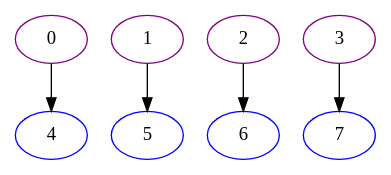
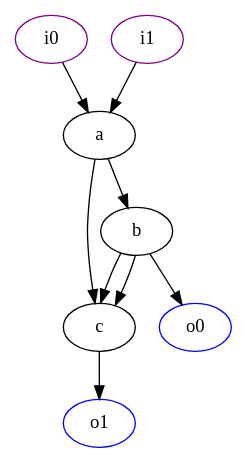
One commit to LSCRSL/Graph changed the diagram in graph.dot. Above: the diagram before and after it, drawn with Graphviz. The commit also changed 4 other files, not shown here.

```diff
--- a/graph.dot
+++ b/graph.dot
@@ -1,14 +1,17 @@
 digraph G{
-0 [label=0, color=purple];
-4 [label=4, color=blue];
-1 [label=1, color=purple];
-5 [label=5, color=blue];
-2 [label=2, color=purple];
-6 [label=6, color=blue];
-3 [label=3, color=purple];
-7 [label=7, color=blue];
-0 -> 4;
+0 [label=a, color=black];
+1 [label=b, color=black];
+2 [label=c, color=black];
+3 [label=i0, color=purple];
+4 [label=i1, color=purple];
+5 [label=o0, color=blue];
+6 [label=o1, color=blue];
+0 -> 1;
+0 -> 2;
+1 -> 2;
+1 -> 2;
 1 -> 5;
 2 -> 6;
-3 -> 7;
+3 -> 0;
+4 -> 0;
 }
```
